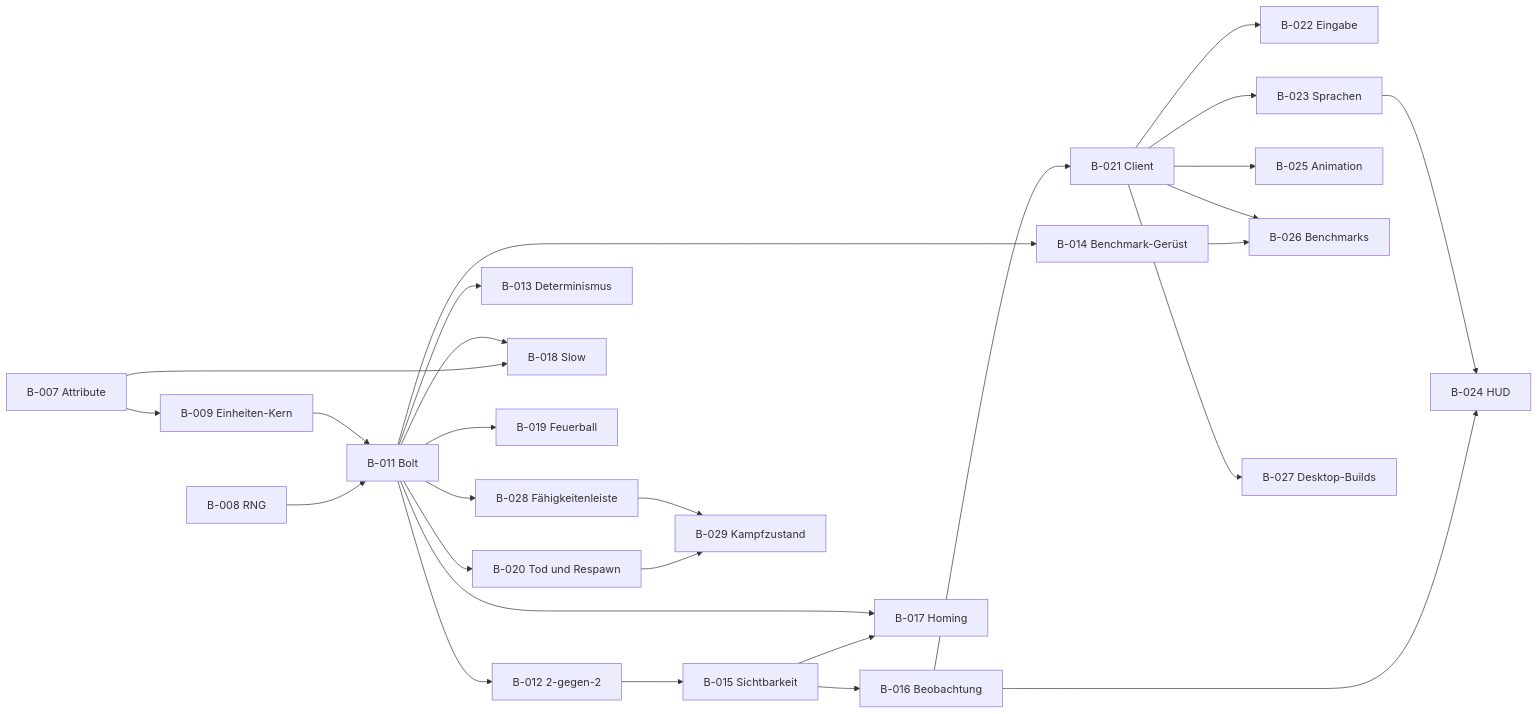
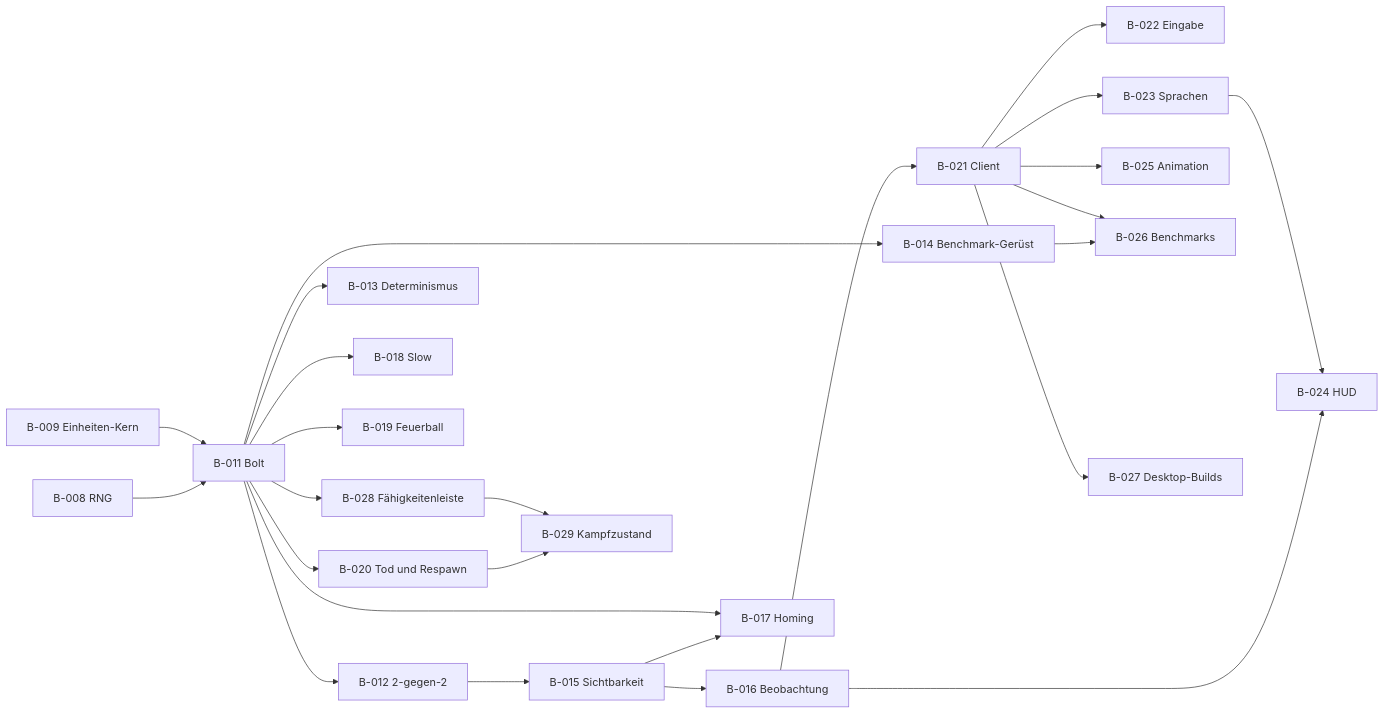
One commit to MagierSpieleSchmiede/mage-game changed the diagram in docs/backlog.md. Above: the diagram before and after it, drawn with Mermaid. The commit also changed other lines of this file and 12 other files, not shown here.

````diff
--- a/docs/backlog.md
+++ b/docs/backlog.md
@@ -73,31 +72,29 @@
 ```mermaid
 flowchart LR
   B008["B-008 RNG"]
-  B007["B-007 Attribute"]
-  B007 --> B009["B-009 Einheiten-Kern"]
+  B009["B-009 Einheiten-Kern"]
   B008 --> B011["B-011 Bolt"]
   B009 --> B011
   B011 --> B012["B-012 2-gegen-2"]
   B011 --> B013["B-013 Determinismus"]
   B011 --> B014["B-014 Benchmark-Gerüst"]
   B012 --> B015["B-015 Sichtbarkeit"]
   B015 --> B016["B-016 Beobachtung"]
   B015 --> B017["B-017 Homing"]
   B011 --> B017
-  B007 --> B018["B-018 Slow"]
-  B011 --> B018
+  B011 --> B018["B-018 Slow"]
   B011 --> B019["B-019 Feuerball"]
   B011 --> B020["B-020 Tod und Respawn"]
   B011 --> B028["B-028 Fähigkeitenleiste"]
   B020 --> B029["B-029 Kampfzustand"]
   B028 --> B029
   B016 --> B021["B-021 Client"]
   B021 --> B022["B-022 Eingabe"]
   B021 --> B023["B-023 Sprachen"]
   B016 --> B024["B-024 HUD"]
   B023 --> B024
   B021 --> B025["B-025 Animation"]
   B014 --> B026["B-026 Benchmarks"]
   B021 --> B026
   B021 --> B027["B-027 Desktop-Builds"]
 ```
````
